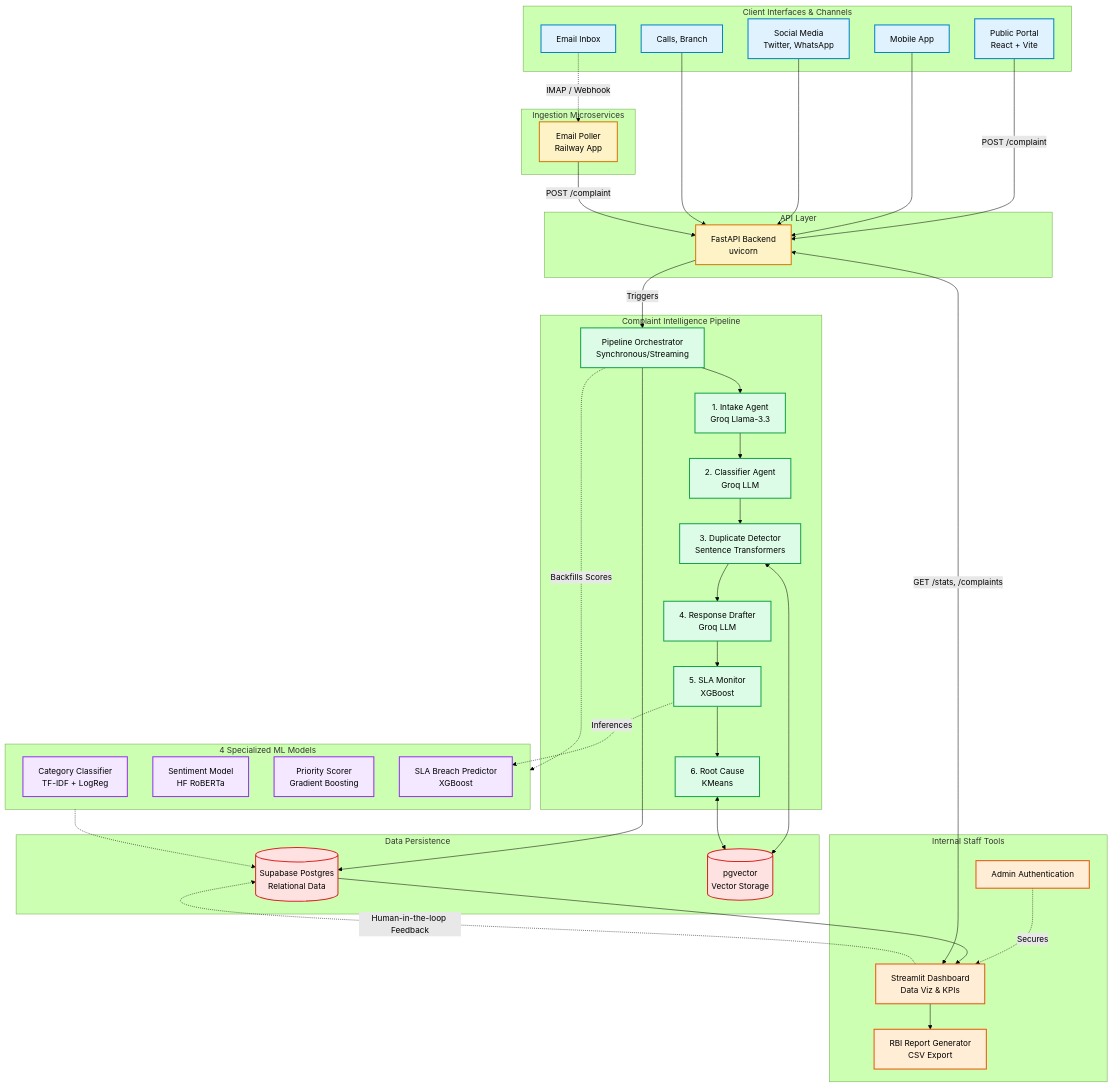
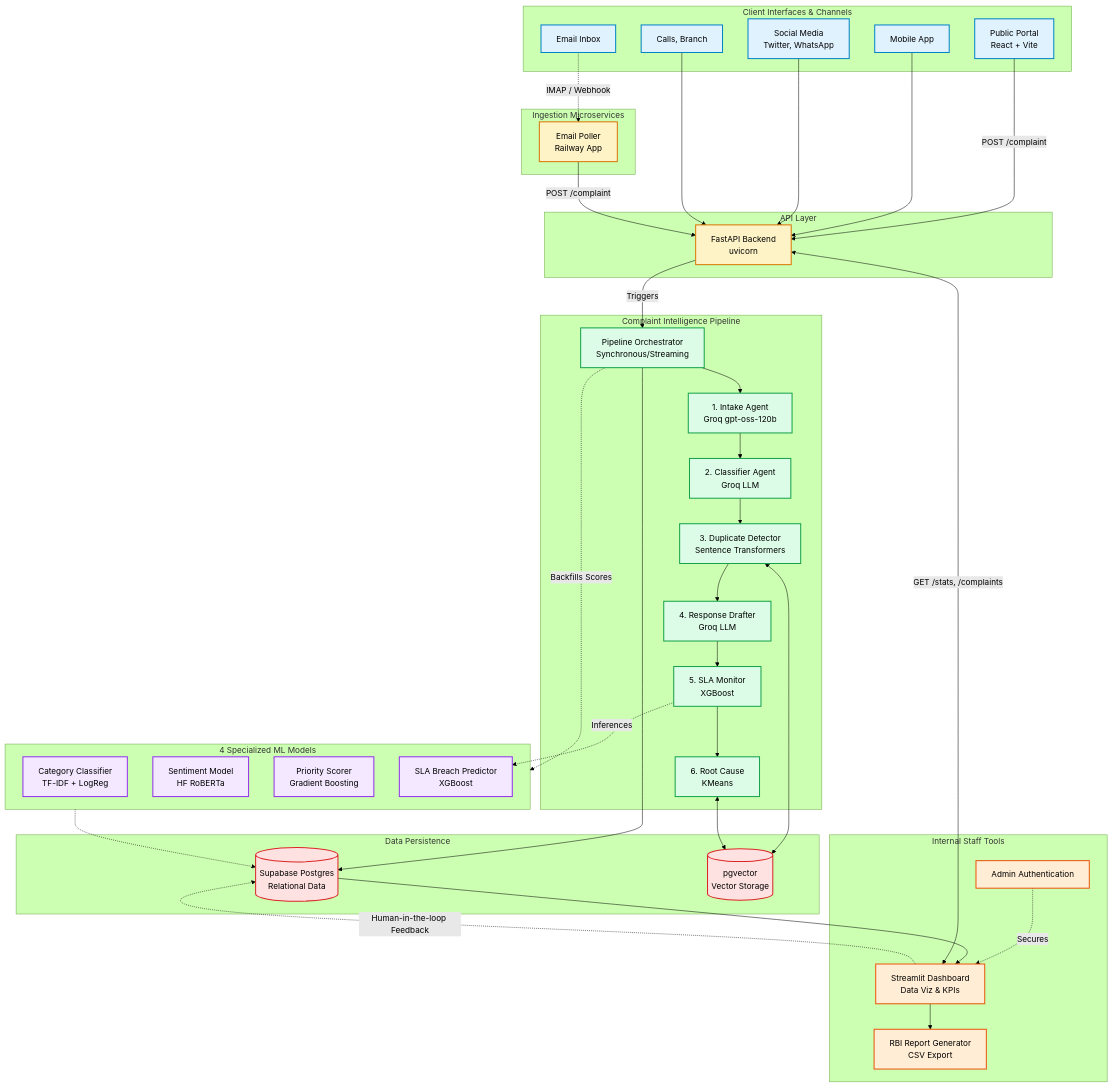
Before and after one commit to premcodeexplorer/ComplaintIQ: the diagram in ARCHITECTURE.md, drawn with Mermaid (forest theme). The commit also changed other lines of this file and 8 other files, not shown here.

```diff
--- a/ARCHITECTURE.md
+++ b/ARCHITECTURE.md
@@ -47,7 +47,7 @@
         ORCH[Pipeline Orchestrator <br/> Synchronous/Streaming]:::engine
         
         %% 6 Agents
-        A1[1. Intake Agent <br/> Groq Llama-3.3]:::engine
+        A1[1. Intake Agent <br/> Groq gpt-oss-120b]:::engine
         A2[2. Classifier Agent <br/> Groq LLM]:::engine
         A3[3. Duplicate Detector <br/> Sentence Transformers]:::engine
         A4[4. Response Drafter <br/> Groq LLM]:::engine
```
